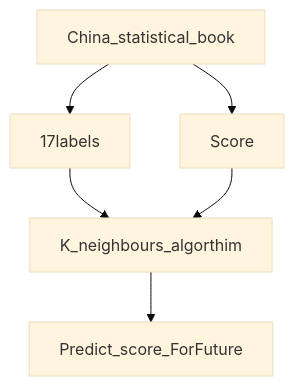
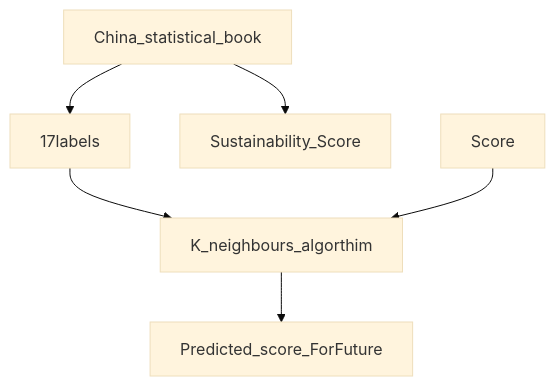
The first of 2 diagrams in README.md (jcdasheng/China_City_sustainability), drawn with Mermaid (base theme) before and after one commit. The commit also changed other lines of this file, not shown here.

````diff
--- a/README.md
+++ b/README.md
@@ -17,11 +17,11 @@
 ```mermaid
 graph TD;
     China_statistical_book-->17labels;
-    China_statistical_book-->Score;
+    China_statistical_book-->Sustainability_Score;
     17labels--> K_neighbours_algorthim;
     Score--> K_neighbours_algorthim;
-    K_neighbours_algorthim--> Predict_score_ForFuture;
+    K_neighbours_algorthim--> Predicted_score_ForFuture;
     
     
     
 ```
````
